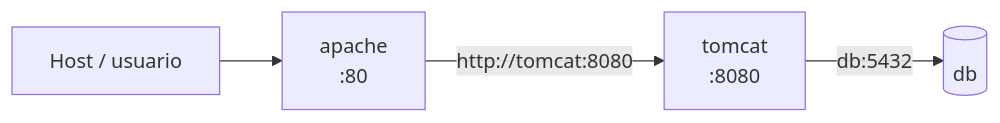
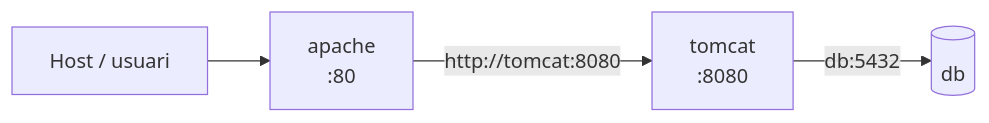
The fourth of 12 diagrams in docs/daw-daw/up3/09-virtualizacion-contenedores-nube.md (jordicido/jordicina), drawn with Mermaid before and after one commit. The commit also changed other lines of this file and 10 other files, not shown here.

````diff
--- a/docs/daw-daw/up3/09-virtualizacion-contenedores-nube.md
+++ b/docs/daw-daw/up3/09-virtualizacion-contenedores-nube.md
@@ -221,6 +221,6 @@
 ```mermaid
 flowchart LR
-    U["Host / usuario"] --> A["apache<br/>:80"]
+    U["Host / usuari"] --> A["apache<br/>:80"]
     A -->|"http://tomcat:8080"| T["tomcat<br/>:8080"]
     T -->|"db:5432"| D[("db")]
 ```
````
